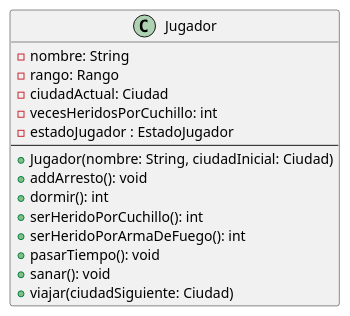
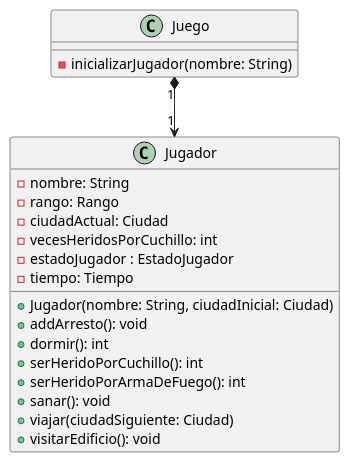
The diagram in diagrams/classes/Entrega1/claseJugador.puml (alexguttlein/TP2-CarmenSandiego), drawn with PlantUML before and after one commit. The commit also changed 35 other files, not shown here.

Commit message:
Se agregan diagramas de clase. Se modifica constructor de Tiempo. Se ajustan detalles en Ubicaciones

```diff
--- a/diagrams/classes/Entrega1/claseJugador.puml
+++ b/diagrams/classes/Entrega1/claseJugador.puml
@@ -1,22 +1,28 @@
 @startuml
+
+class Juego{
+    - inicializarJugador(nombre: String)
+}
 
 class Jugador {
     -nombre: String
     -rango: Rango
     -ciudadActual: Ciudad
     -vecesHeridosPorCuchillo: int
     -estadoJugador : EstadoJugador
-    --
+    -tiempo: Tiempo
+
+
     +Jugador(nombre: String, ciudadInicial: Ciudad)
     +addArresto(): void
     +dormir(): int
     +serHeridoPorCuchillo(): int
     +serHeridoPorArmaDeFuego(): int
-    +pasarTiempo(): void
     +sanar(): void
     +viajar(ciudadSiguiente: Ciudad)
+    +visitarEdificio(): void
 }
 
-'El horario no va más
+Juego "1"*-->"1" Jugador
 
 @enduml
```
